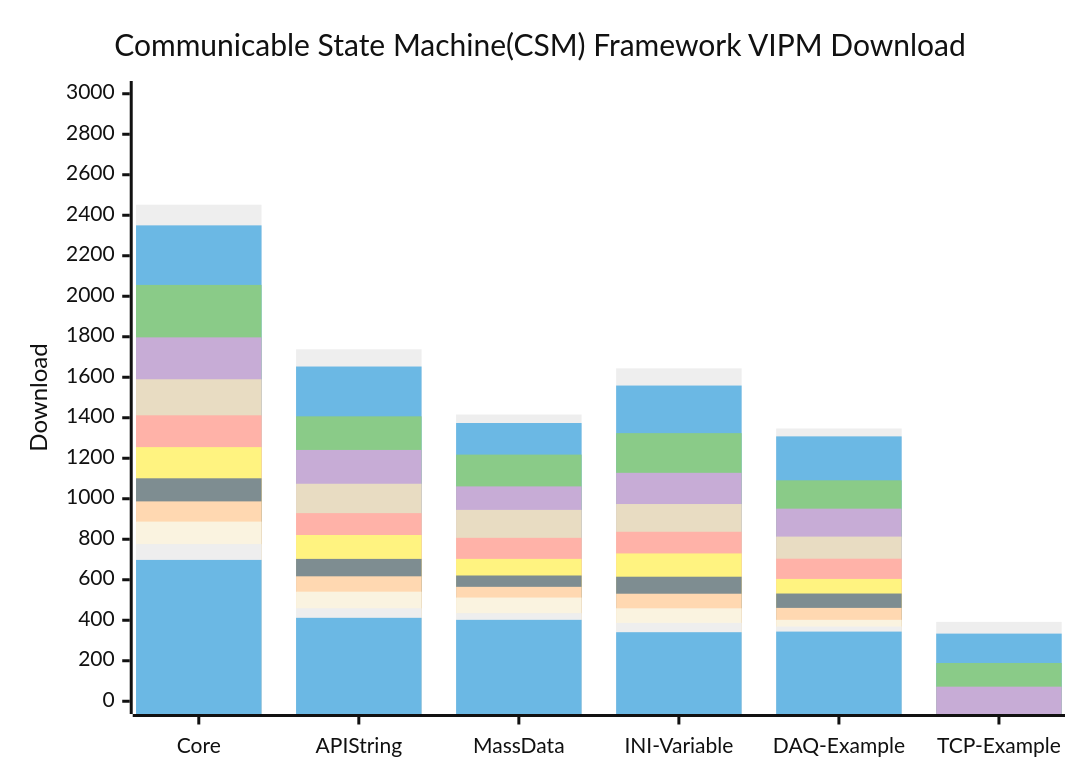
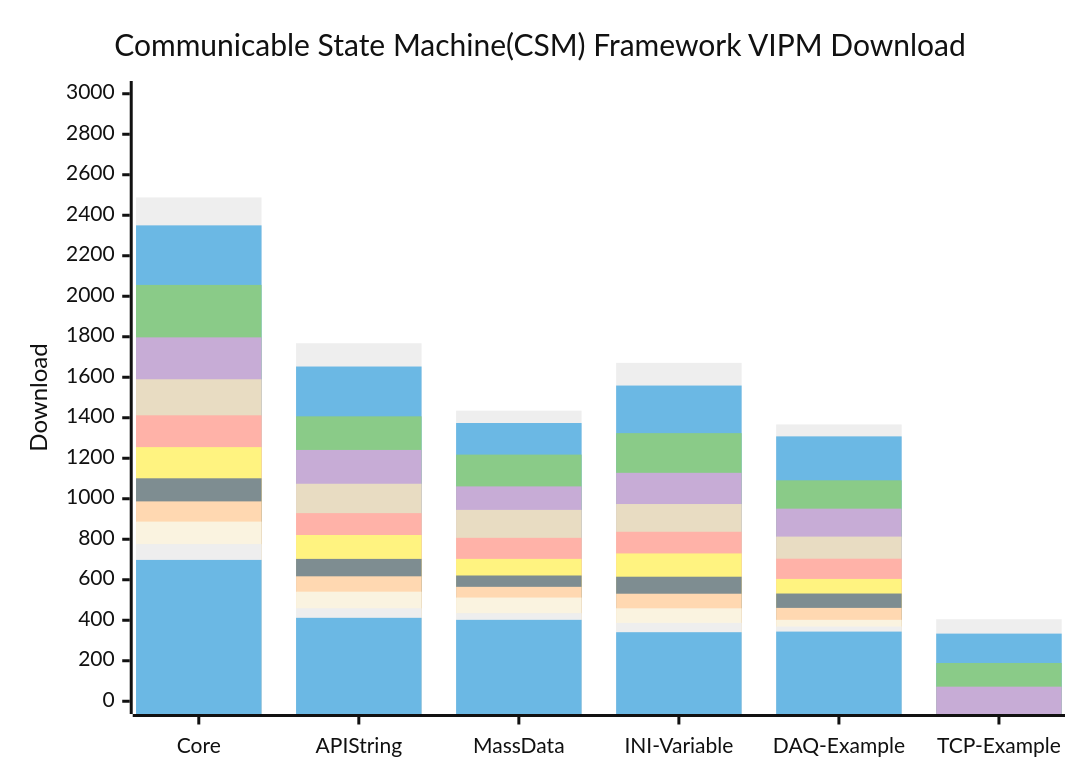
Before and after one commit to NEVSTOP-LAB/.github: the diagram in profile/README.md, drawn with Mermaid (neutral theme).

````diff
--- a/profile/README.md
+++ b/profile/README.md
@@ -31,18 +31,18 @@
 ```mermaid
     xychart-beta
     title "Communicable State Machine(CSM) Framework VIPM Download"
     x-axis [Core, API String, MassData, INI-Variable, DAQ-Example, TCP-Example]
     y-axis "Download" 0 --> 3000
-    bar   [2452, 1738, 1416, 1644, 1347, 392]
+    bar   [2488, 1768, 1435, 1671, 1367, 405]
     bar   [2350, 1653, 1374, 1559, 1308, 334]
     bar   [2056, 1407, 1218, 1324, 1091, 189]
     bar   [1797, 1241, 1061, 1128, 951, 72]
     bar   [1590, 1074, 945, 974, 813]
     bar   [1412, 929, 807, 837, 704]
     bar   [1255, 821, 703, 730, 604]
     bar   [1101, 703, 621, 615, 532]
     bar   [987, 617, 565, 531, 461]
     bar   [887, 541, 512, 459, 402]
     bar   [776, 459, 435, 387, 369]
     bar   [698, 412, 402, 341, 344]
 ```
````
